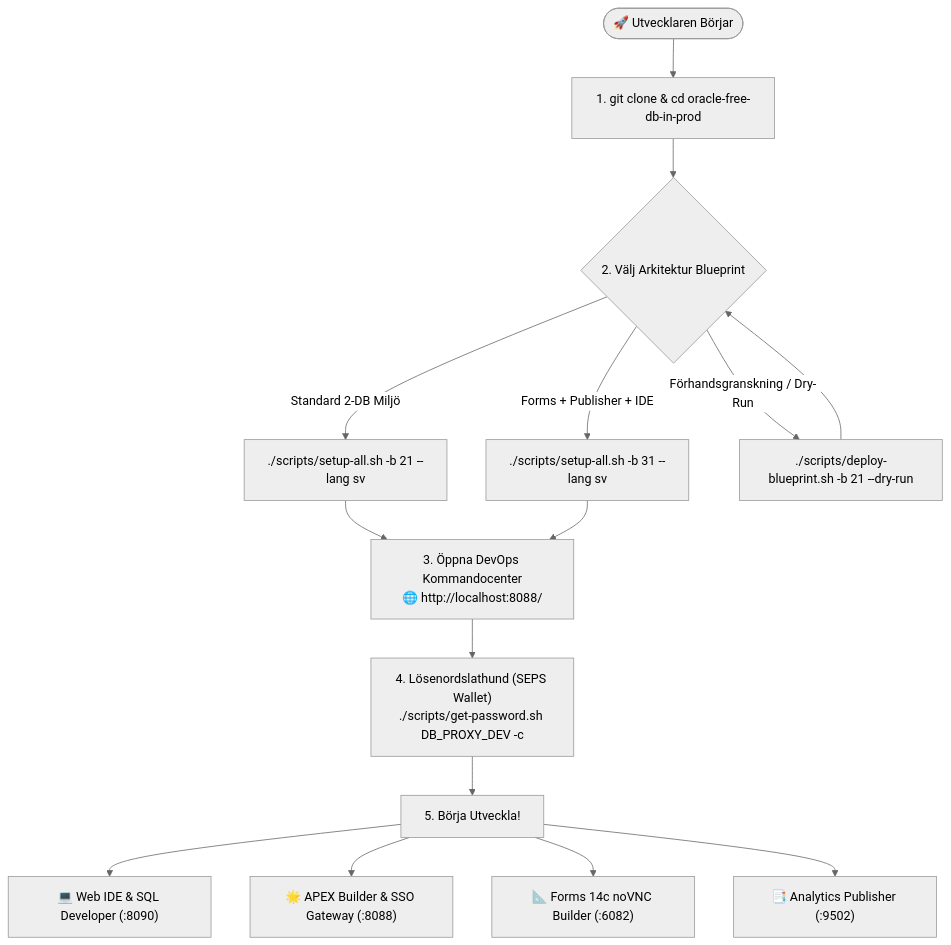
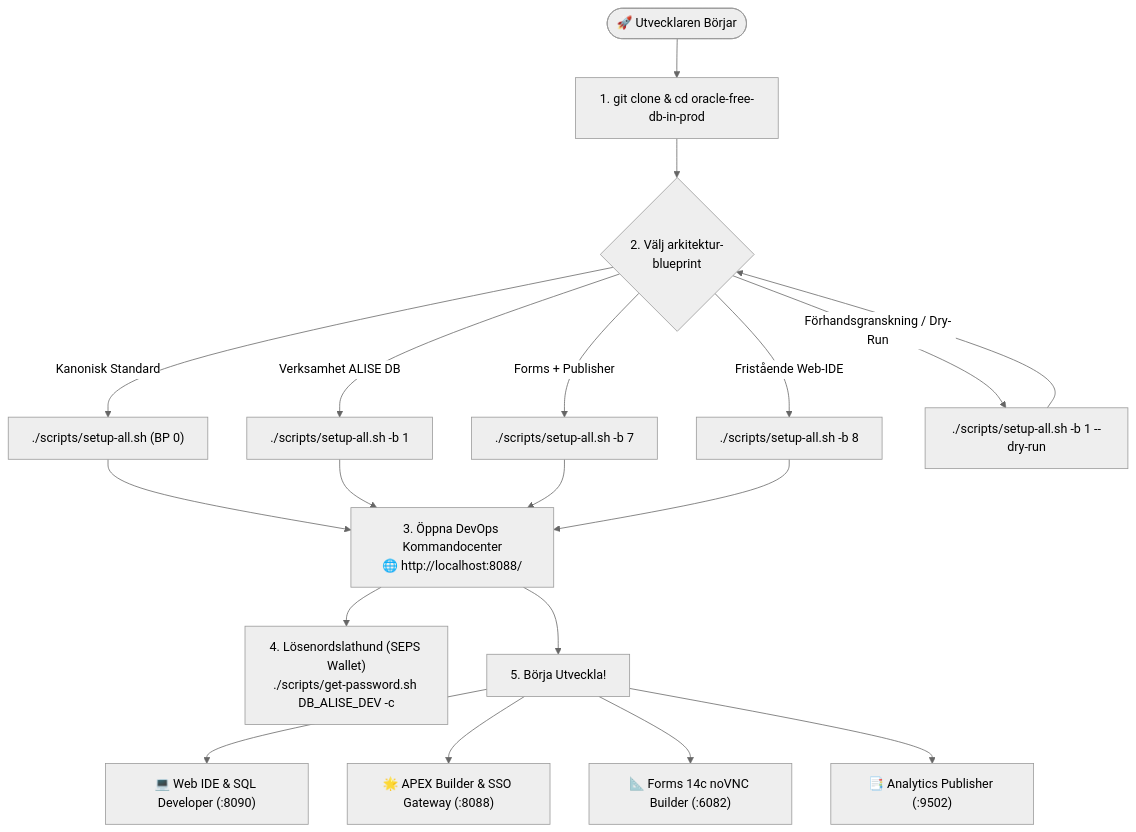
Before and after one commit to alahe/oracle-devops-platform: the first of 2 diagrams in docs/sv/README.md, drawn with Mermaid (neutral theme). The commit also changed other lines of this file and 412 other files, not shown here.

Commit message:
feat: publisher suite, devhub search & 6-lang i18n categories, ai skills, and accessibility compliance

````diff
--- a/docs/sv/README.md
+++ b/docs/sv/README.md
@@ -35,21 +35,25 @@
 ```mermaid
 flowchart TD
     Start(["🚀 Utvecklaren Börjar"]) --> Clone["1. git clone & cd oracle-free-db-in-prod"]
-    Clone --> ChooseBP{"2. Välj Arkitektur Blueprint"}
+    Clone --> ChooseBP{"2. Välj arkitektur-<br/>blueprint"}
     
-    ChooseBP -->|Standard 2-DB Miljö| BP21["./scripts/setup-all.sh -b 21 --lang sv"]
-    ChooseBP -->|Forms + Publisher + IDE| BP31["./scripts/setup-all.sh -b 31 --lang sv"]
-    ChooseBP -->|Förhandsgranskning / Dry-Run| BPDry["./scripts/deploy-blueprint.sh -b 21 --dry-run"]
+    ChooseBP -->|Kanonisk Standard| BP0["./scripts/setup-all.sh (BP 0)"]
+    ChooseBP -->|Verksamhet ALISE DB| BP1["./scripts/setup-all.sh -b 1"]
+    ChooseBP -->|Forms + Publisher| BP7["./scripts/setup-all.sh -b 7"]
+    ChooseBP -->|Fristående Web-IDE| BP8["./scripts/setup-all.sh -b 8"]
+    ChooseBP -->|Förhandsgranskning / Dry-Run| BPDry["./scripts/setup-all.sh -b 1 --dry-run"]
     
-    BP21 --> DevHub["3. Öppna DevOps Kommandocenter<br/>🌐 http://localhost:8088/"]
-    BP31 --> DevHub
+    BP0 --> DevHub["3. Öppna DevOps Kommandocenter<br/>🌐 http://localhost:8088/"]
+    BP1 --> DevHub
+    BP7 --> DevHub
+    BP8 --> DevHub
     BPDry --> ChooseBP
     
-    DevHub --> PwdSpikker["4. Lösenordslathund (SEPS Wallet)<br/>./scripts/get-password.sh DB_PROXY_DEV -c"]
+    DevHub --> PwdSpikker["4. Lösenordslathund (SEPS Wallet)<br/>./scripts/get-password.sh DB_ALISE_DEV -c"]
     
-    PwdSpikker --> DevWork["5. Börja Utveckla!"]
+    DevHub --> DevWork["5. Börja Utveckla!"]
     DevWork --> WorkIDE["💻 Web IDE & SQL Developer (:8090)"]
     DevWork --> WorkAPEX["🌟 APEX Builder & SSO Gateway (:8088)"]
     DevWork --> WorkForms["📐 Forms 14c noVNC Builder (:6082)"]
     DevWork --> WorkPub["📑 Analytics Publisher (:9502)"]
 ```
````
